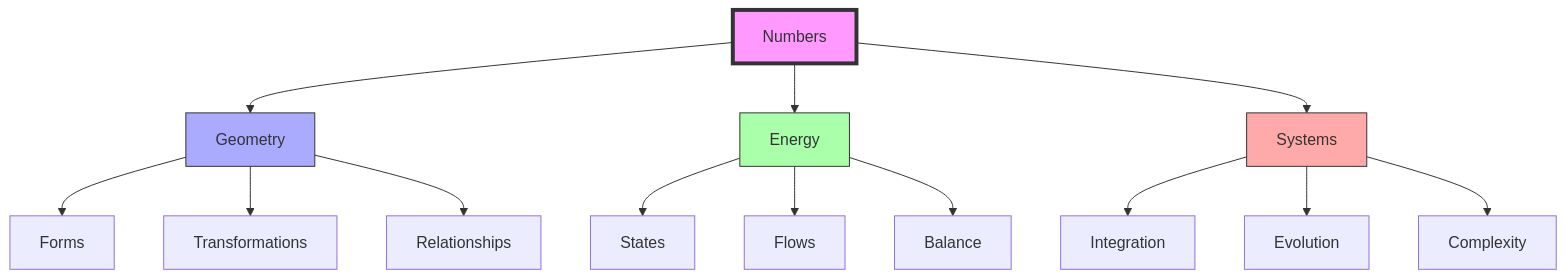
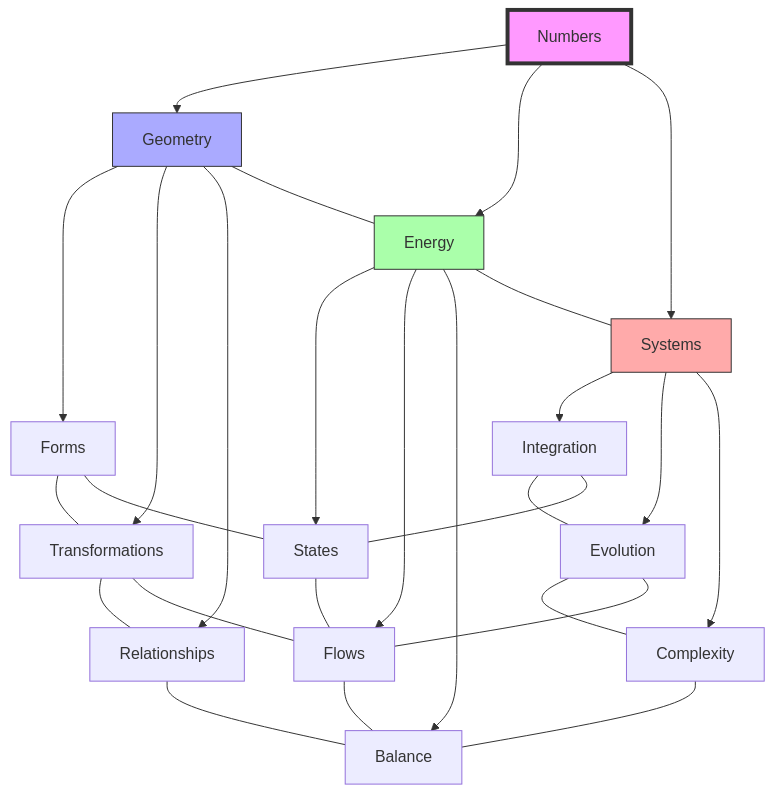
The first of 2 diagrams in formalisms/numbers/numbers.md (docxology/School_of_Tomorrow), drawn with Mermaid before and after one commit. The commit also changed other lines of this file and 8 other files, not shown here.

````diff
--- a/formalisms/numbers/numbers.md
+++ b/formalisms/numbers/numbers.md
@@ -68,23 +87,38 @@
 ```mermaid
 graph TD
     A[Numbers] --> B[Geometry]
     A --> C[Energy]
     A --> D[Systems]
     
     B --> E[Forms]
     B --> F[Transformations]
     B --> G[Relationships]
     
     C --> H[States]
     C --> I[Flows]
     C --> J[Balance]
     
     D --> K[Integration]
     D --> L[Evolution]
     D --> M[Complexity]
     
+    E --- F
+    F --- G
+    H --- I
+    I --- J
+    K --- L
+    L --- M
+    B --- C
+    C --- D
+    E --- H
+    F --- I
+    G --- J
+    K --- H
+    L --- I
+    M --- J
+    
     style A fill:#f9f,stroke:#333,stroke-width:4px
     style B fill:#aaf,stroke:#333
     style C fill:#afa,stroke:#333
     style D fill:#faa,stroke:#333
 ```
````
